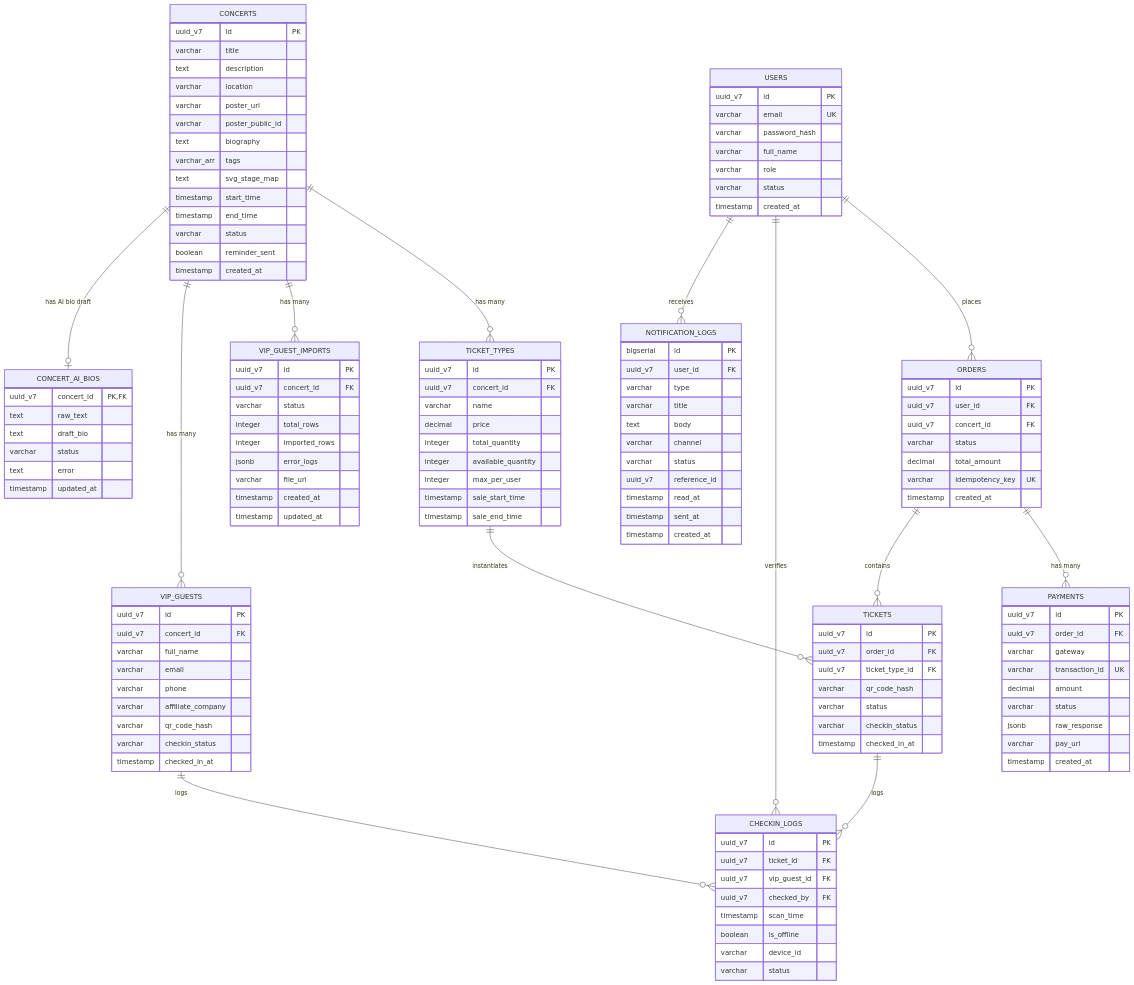
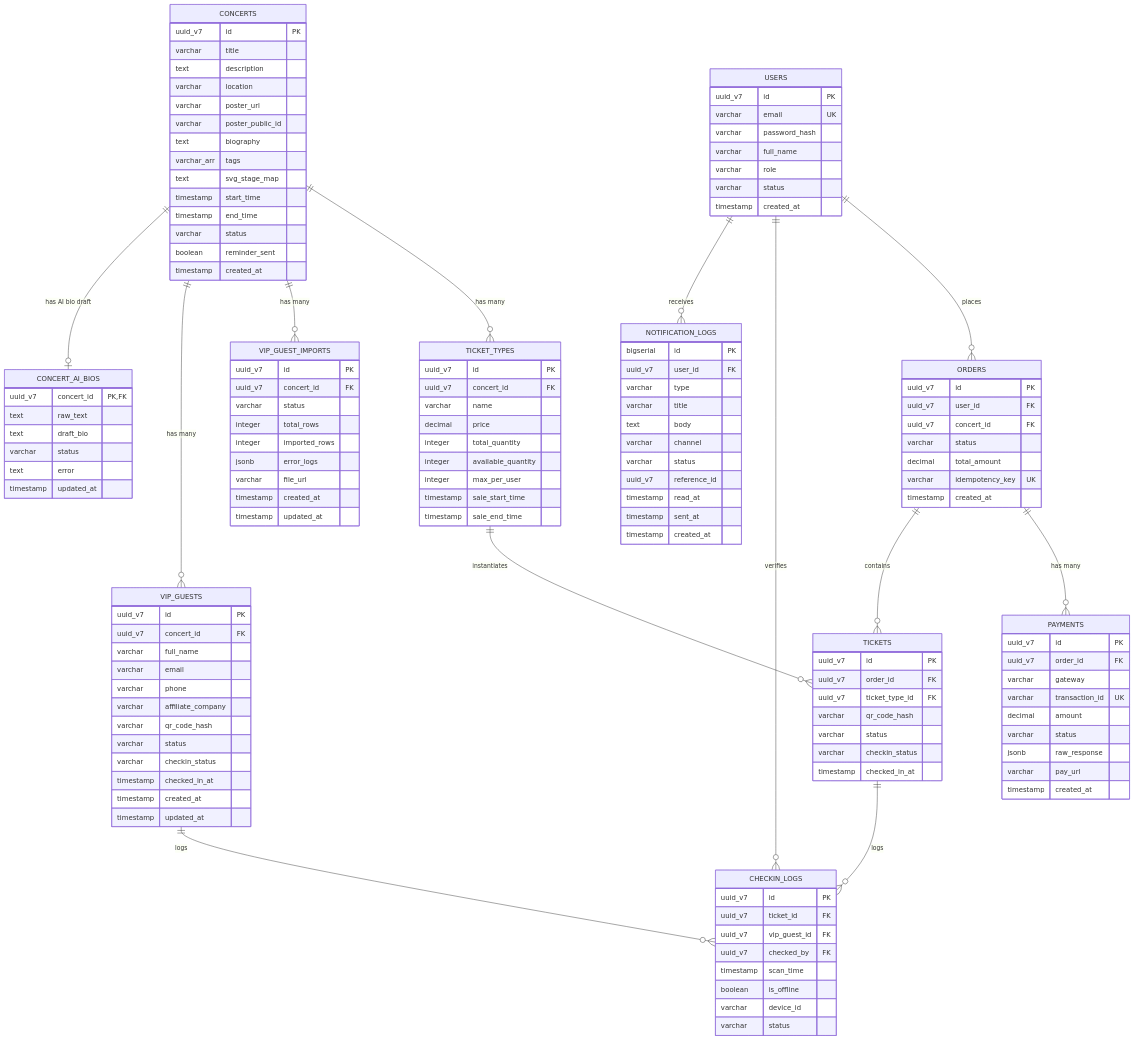
The fourth of 15 diagrams in docs/blueprint/design.md (thuytranj/TicketBox), drawn with Mermaid before and after one commit. The commit also changed other lines of this file and 2 other files, not shown here.

```diff
--- a/docs/blueprint/design.md
+++ b/docs/blueprint/design.md
@@ -440,8 +462,11 @@
         varchar phone
         varchar affiliate_company
         varchar qr_code_hash
+        varchar status
         varchar checkin_status
         timestamp checked_in_at
+        timestamp created_at
+        timestamp updated_at
     }
     NOTIFICATION_LOGS {
         bigserial id PK
```
